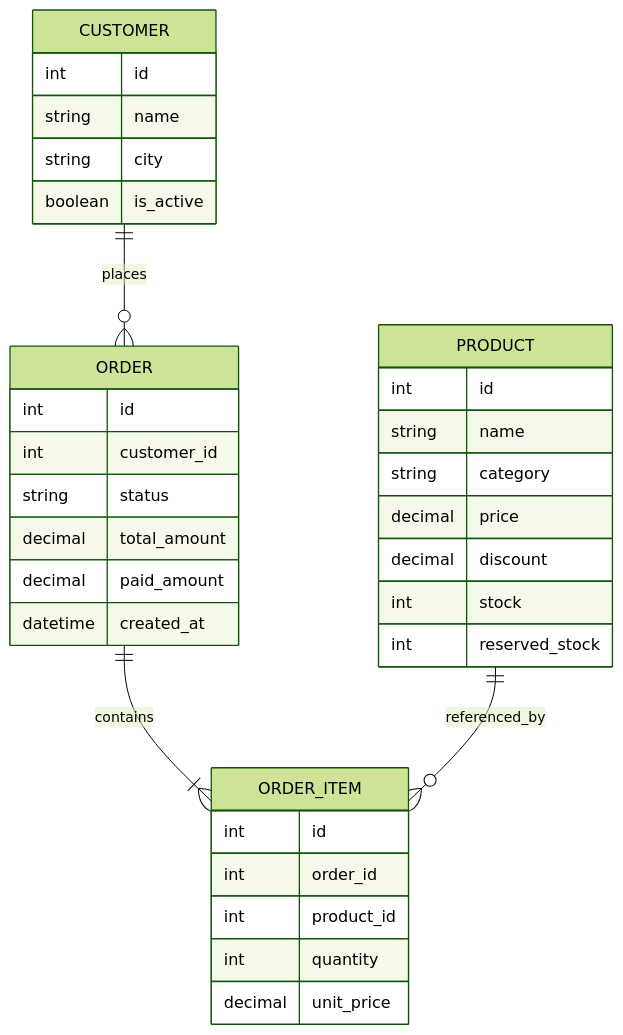
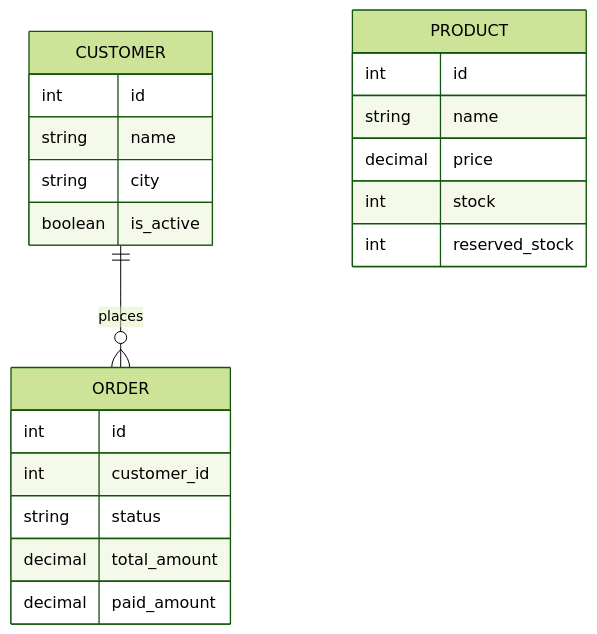
One commit to AvadhBhalodiya/Interview-Preparation changed the second of 5 diagrams in src/content/django/q-f-annotate-aggregate.md. Above: the diagram before and after it, drawn with Mermaid (forest theme). The commit also changed other lines of this file and 80 other files, not shown here.

````diff
--- a/src/content/django/q-f-annotate-aggregate.md
+++ b/src/content/django/q-f-annotate-aggregate.md
@@ -116,40 +79,27 @@
 ```mermaid
 erDiagram
     CUSTOMER ||--o{ ORDER : places
-    ORDER ||--|{ ORDER_ITEM : contains
-    PRODUCT ||--o{ ORDER_ITEM : referenced_by
 
     CUSTOMER {
         int id
         string name
         string city
         boolean is_active
     }
 
     ORDER {
         int id
         int customer_id
         string status
         decimal total_amount
         decimal paid_amount
-        datetime created_at
-    }
-
-    ORDER_ITEM {
-        int id
-        int order_id
-        int product_id
-        int quantity
-        decimal unit_price
     }
 
     PRODUCT {
         int id
         string name
-        string category
         decimal price
-        decimal discount
         int stock
         int reserved_stock
     }
 ```
````
